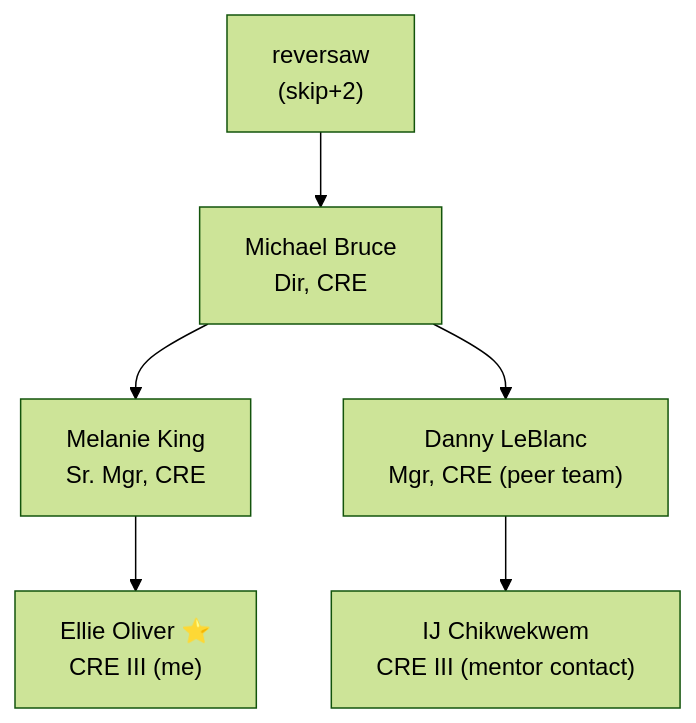
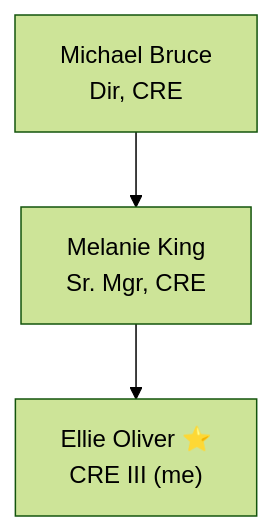
Before and after one commit to elroseo/WOS: the diagram in People/CRE Team & Org.md, drawn with Mermaid (forest theme). The commit also changed other lines of this file and 3 other files, not shown here.

````diff
--- a/People/CRE Team & Org.md
+++ b/People/CRE Team & Org.md
@@ -18,8 +18,5 @@
 ```mermaid
 flowchart TB
-    RW["reversaw<br/>(skip+2)"] --> MB
     MB["Michael Bruce<br/>Dir, CRE"] --> MK["Melanie King<br/>Sr. Mgr, CRE"]
-    MB --> DL["Danny LeBlanc<br/>Mgr, CRE (peer team)"]
     MK --> ME["Ellie Oliver ⭐<br/>CRE III (me)"]
-    DL --> IJ["IJ Chikwekwem<br/>CRE III (mentor contact)"]
 ```
````
